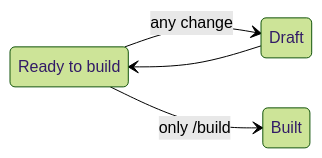
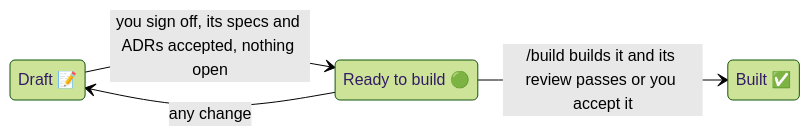
Before and after one commit to michaelmarconi/agentic-engineering: the fifth of 11 diagrams in docs/lifecycle.md, drawn with Mermaid (forest theme). The commit also changed other lines of this file, not shown here.

Commit message:
Lifecycle draft: statuses and what moves a document between them, in the diagrams

````diff
--- a/docs/lifecycle.md
+++ b/docs/lifecycle.md
@@ -109,8 +103,10 @@
 ```mermaid
 stateDiagram-v2
     direction LR
-    state "Ready to build" as Ready
-    Draft --> Ready
+    state "Draft 📝" as Draft
+    state "Ready to build 🟢" as Ready
+    state "Built ✅" as Built
+    Draft --> Ready : you sign off, its specs and ADRs accepted, nothing open
     Ready --> Draft : any change
-    Ready --> Built : only /build
+    Ready --> Built : /build builds it and its review passes or you accept it
 ```
````
